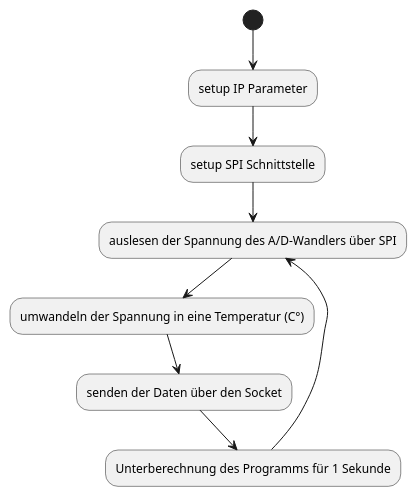
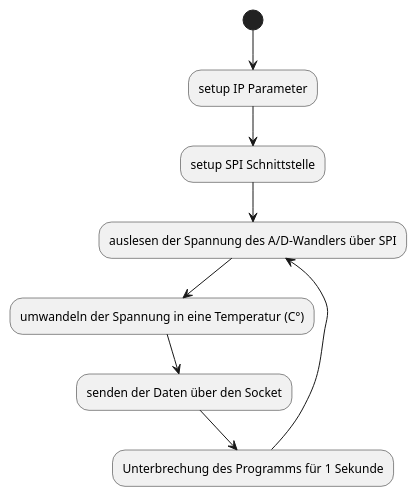
Before and after one commit to duha887b/Kommunikation_RPi: the diagram in UML/Fl_send.puml, drawn with PlantUML. The commit also changed 3 other files, not shown here.

```diff
--- a/UML/Fl_send.puml
+++ b/UML/Fl_send.puml
@@ -1,11 +1,11 @@
 @startuml
 
 (*)-->setup IP Parameter
 --> setup SPI Schnittstelle
 --> auslesen der Spannung des A/D-Wandlers über SPI
 --> umwandeln der Spannung in eine Temperatur (C°)
 --> senden der Daten über den Socket
---> Unterberechnung des Programms für 1 Sekunde
+--> Unterbrechung des Programms für 1 Sekunde
 --> auslesen der Spannung des A/D-Wandlers über SPI
 
 @enduml
```
